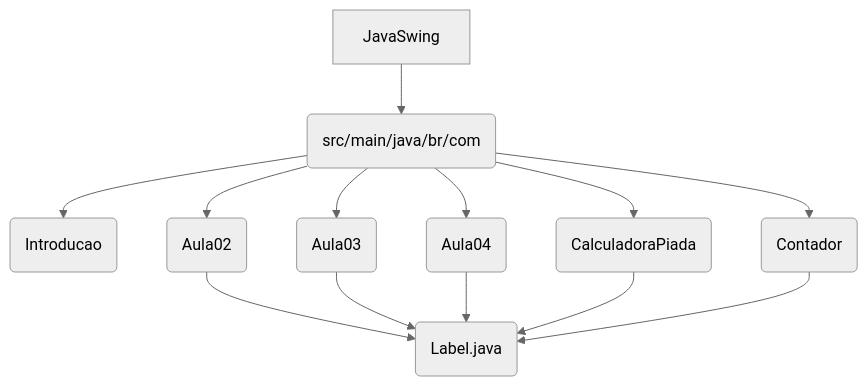
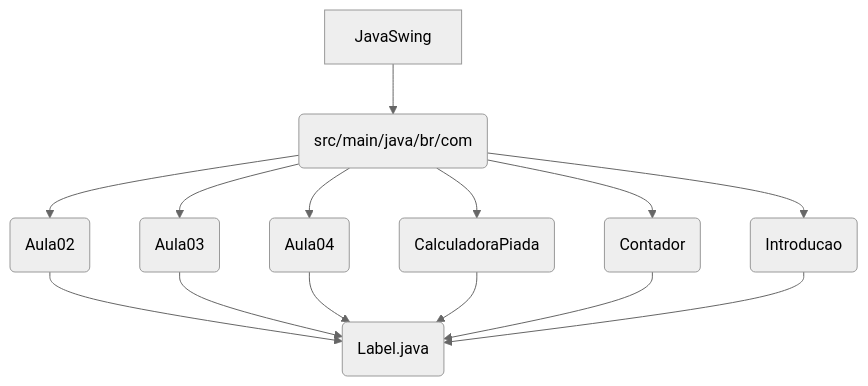
Before and after one commit to GilvanPedro/EstudandoJavaSwing: the diagram in README.md, drawn with Mermaid (neutral theme).

Commit message:
Add mapping for node C in README
Add missing mapping for node C to Label.java

````diff
--- a/README.md
+++ b/README.md
@@ -38,15 +38,16 @@
 ```mermaid
 graph TD
     A[JavaSwing] --> B(src/main/java/br/com);
     B --> C(Introducao);
     B --> D(Aula02);
     B --> E(Aula03);
     B --> F(Aula04);
     B --> G(CalculadoraPiada);
     B --> H(Contador);
     D --> I(Label.java);
     E --> I(Label.java);
     F --> I(Label.java);
     G --> I(Label.java);
     H --> I(Label.java);
+    C --> I(Label.java);
 ```
````
